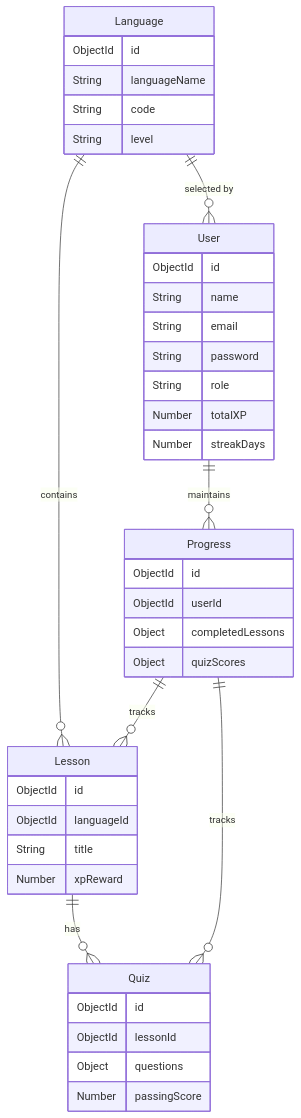
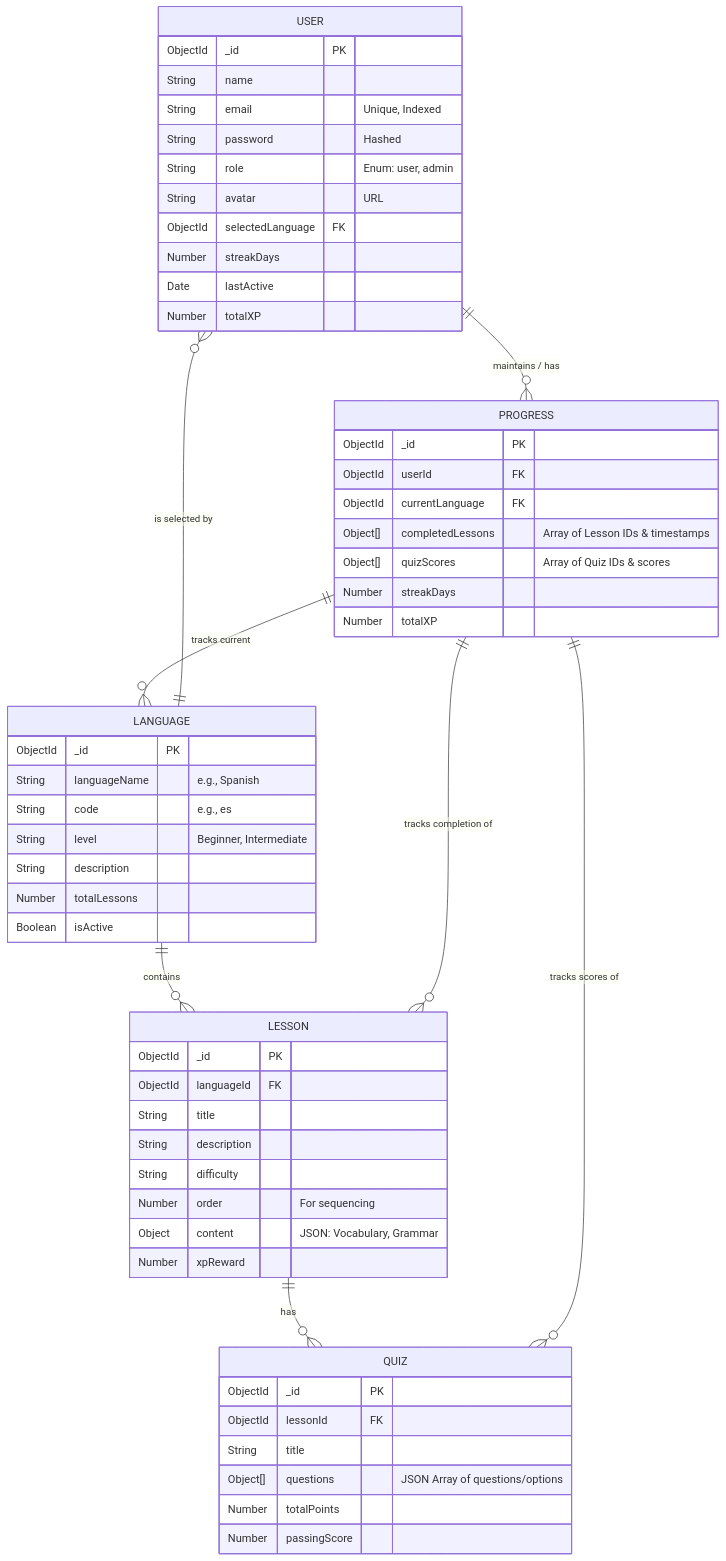
The second of 5 diagrams in report.md (arpan-pramanik/Speakease-FullStack-Project), drawn with Mermaid before and after one commit. The commit also changed other lines of this file, not shown here.

````diff
--- a/report.md
+++ b/report.md
@@ -77,47 +198,63 @@
 ```mermaid
 erDiagram
-    User ||--o{ Progress : "maintains"
-    Language ||--o{ User : "selected by"
-    Language ||--o{ Lesson : "contains"
-    Lesson ||--o{ Quiz : "has"
-    Progress ||--o{ Lesson : "tracks"
-    Progress ||--o{ Quiz : "tracks"
+    USER ||--o{ PROGRESS : "maintains / has"
+    LANGUAGE ||--o{ USER : "is selected by"
+    LANGUAGE ||--o{ LESSON : "contains"
+    LESSON ||--o{ QUIZ : "has"
+    PROGRESS ||--o{ LESSON : "tracks completion of"
+    PROGRESS ||--o{ QUIZ : "tracks scores of"
+    PROGRESS ||--o{ LANGUAGE : "tracks current"
 
-    User {
-        ObjectId id
+    USER {
+        ObjectId _id PK
         String name
-        String email
-        String password
-        String role
+        String email "Unique, Indexed"
+        String password "Hashed"
+        String role "Enum: user, admin"
+        String avatar "URL"
+        ObjectId selectedLanguage FK
+        Number streakDays
+        Date lastActive
         Number totalXP
-        Number streakDays
-    }
-    
-    Language {
-        ObjectId id
-        String languageName
-        String code
-        String level
     }
 
-    Lesson {
-        ObjectId id
-        ObjectId languageId
+    LANGUAGE {
+        ObjectId _id PK
+        String languageName "e.g., Spanish"
+        String code "e.g., es"
+        String level "Beginner, Intermediate"
+        String description
+        Number totalLessons
+        Boolean isActive
+    }
+
+    LESSON {
+        ObjectId _id PK
+        ObjectId languageId FK
         String title
+        String description
+        String difficulty
+        Number order "For sequencing"
+        Object content "JSON: Vocabulary, Grammar"
         Number xpReward
     }
 
-    Quiz {
-        ObjectId id
-        ObjectId lessonId
-        Object questions
+    QUIZ {
+        ObjectId _id PK
+        ObjectId lessonId FK
+        String title
+        Object[] questions "JSON Array of questions/options"
+        Number totalPoints
         Number passingScore
     }
 
-    Progress {
-        ObjectId id
-        ObjectId userId
-        Object completedLessons
-        Object quizScores
+    PROGRESS {
+        ObjectId _id PK
+        ObjectId userId FK
+        ObjectId currentLanguage FK
+        Object[] completedLessons "Array of Lesson IDs & timestamps"
+        Object[] quizScores "Array of Quiz IDs & scores"
+        Number streakDays
+        Number totalXP
     }
 ```
````
